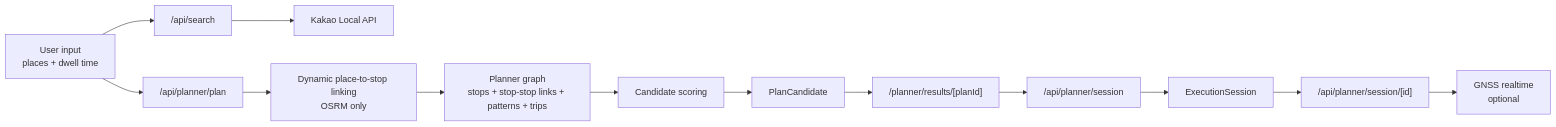
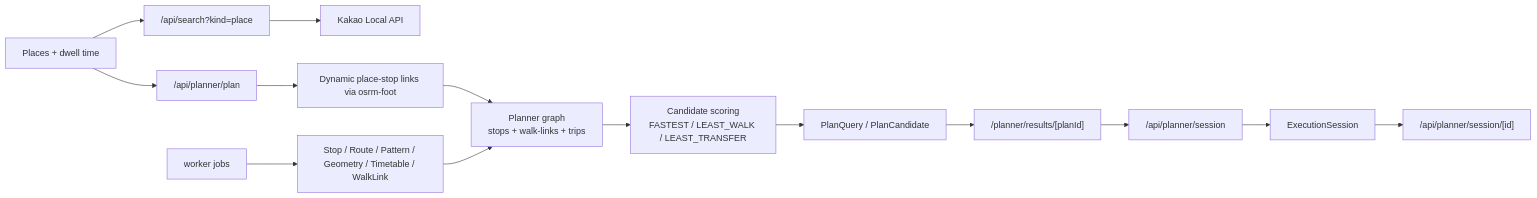
One commit to amaham1/guide_tour_plan changed the diagram in README.md. Above: the diagram before and after it, drawn with Mermaid. The commit also changed other lines of this file and 68 other files, not shown here.

````diff
--- a/README.md
+++ b/README.md
@@ -69,15 +84,16 @@
 ```mermaid
 flowchart LR
-  A["User input<br/>places + dwell time"] --> B["/api/search"]
+  A["Places + dwell time"] --> B["/api/search?kind=place"]
   B --> C["Kakao Local API"]
   A --> D["/api/planner/plan"]
-  D --> E["Dynamic place-to-stop linking<br/>OSRM only"]
-  E --> F["Planner graph<br/>stops + stop-stop links + patterns + trips"]
-  F --> G["Candidate scoring"]
-  G --> H["PlanCandidate"]
+  D --> E["Dynamic place-stop links via osrm-foot"]
+  E --> F["Planner graph<br/>stops + walk-links + trips"]
+  F --> G["Candidate scoring<br/>FASTEST / LEAST_WALK / LEAST_TRANSFER"]
+  G --> H["PlanQuery / PlanCandidate"]
   H --> I["/planner/results/[planId]"]
   I --> J["/api/planner/session"]
   J --> K["ExecutionSession"]
   K --> L["/api/planner/session/[id]"]
-  L --> M["GNSS realtime<br/>optional"]
+  M["worker jobs"] --> N["Stop / Route / Pattern / Geometry / Timetable / WalkLink"]
+  N --> F
 ```
````
